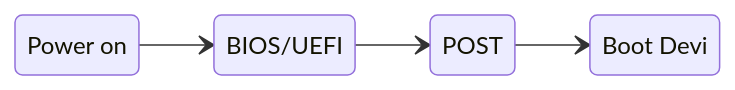
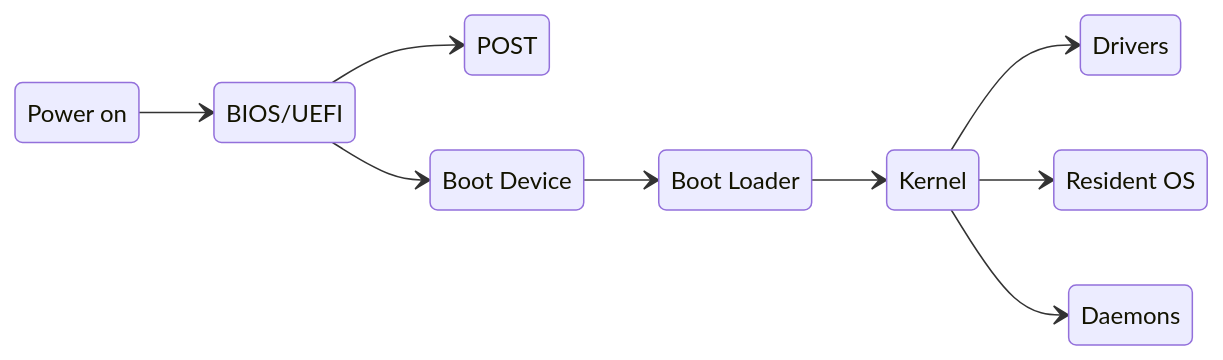
Before and after one commit to angelromarco04/MyNotes: the second of 2 diagrams in CS/OS/data/1_Intro.md, drawn with Mermaid.

Commit message:
vault backup: 2024-02-06 20:58:44

````diff
--- a/CS/OS/data/1_Intro.md
+++ b/CS/OS/data/1_Intro.md
@@ -157,13 +157,23 @@
 ```mermaid
 stateDiagram
 	direction LR
 
 	s1 : Power on
 	s2 : BIOS/UEFI
 	s3 : POST
-	s4 : Boot Devi
+	s4 : Boot Device
+	s5 : Boot Loader
+	s6 : Kernel
+	s7 : Drivers
+	s8 : Resident OS
+	s9 : Daemons
 	
 	s1 --> s2
 	s2 --> s3
-	s3 --> s4
+	s2 --> s4
+	s4 --> s5
+	s5 --> s6
+	s6 --> s7
+	s6 --> s8
+	s6 --> s9
 ```
````
